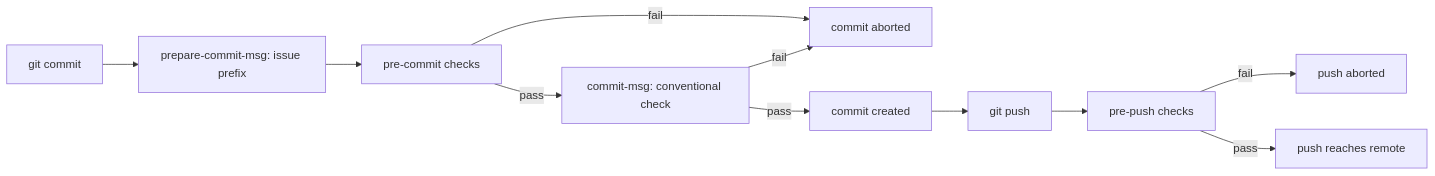
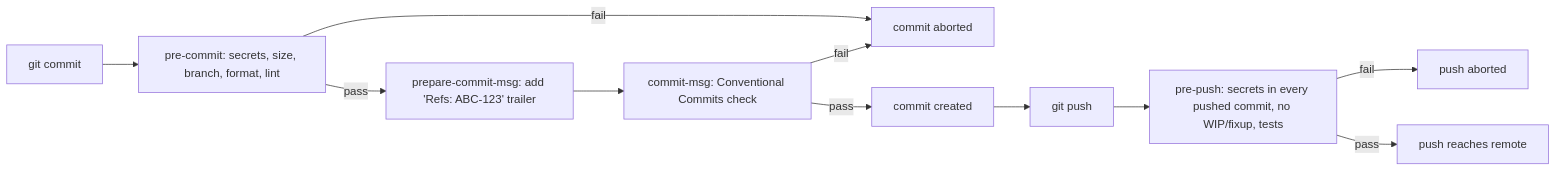
Before and after one commit to AleBrito124356/git-hooks-collection: the first of 2 diagrams in README.md, drawn with Mermaid. The commit also changed other lines of this file and 3 other files, not shown here.

````diff
--- a/README.md
+++ b/README.md
@@ -81,13 +121,13 @@
 ```mermaid
 flowchart LR
-    A[git commit] --> B[prepare-commit-msg: issue prefix]
-    B --> C[pre-commit checks]
+    A[git commit] --> C[pre-commit: secrets, size, branch, format, lint]
     C -->|fail| X[commit aborted]
-    C -->|pass| D[commit-msg: conventional check]
+    C -->|pass| B[prepare-commit-msg: add 'Refs: ABC-123' trailer]
+    B --> D[commit-msg: Conventional Commits check]
     D -->|fail| X
     D -->|pass| E[commit created]
     E --> F[git push]
-    F --> G[pre-push checks]
+    F --> G[pre-push: secrets in every pushed commit, no WIP/fixup, tests]
     G -->|fail| Y[push aborted]
     G -->|pass| H[push reaches remote]
 ```
````
